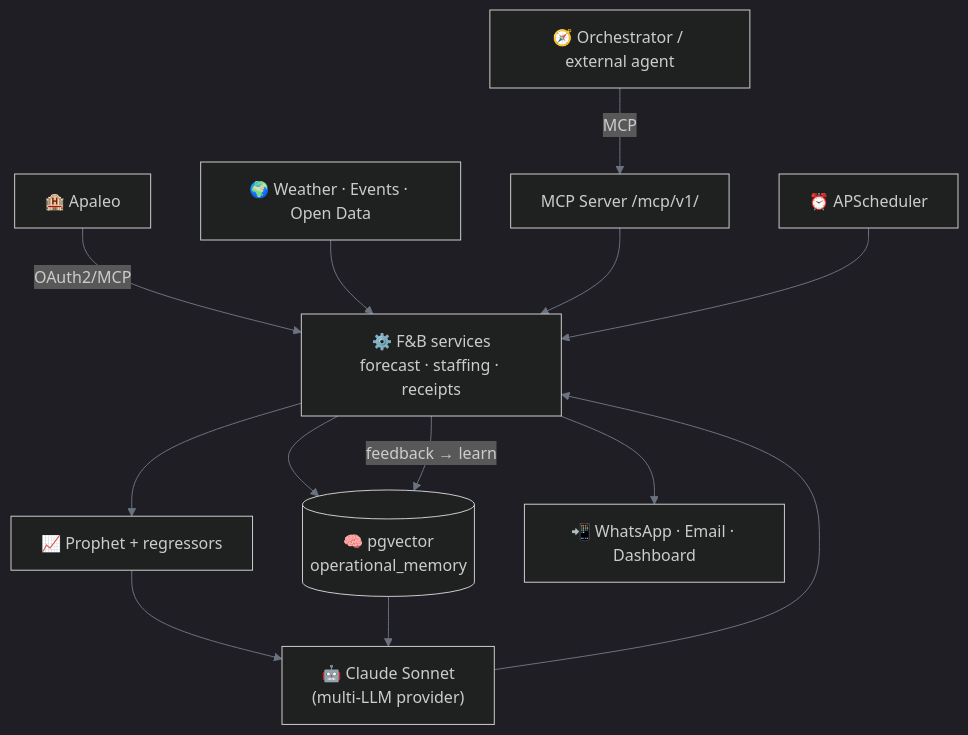
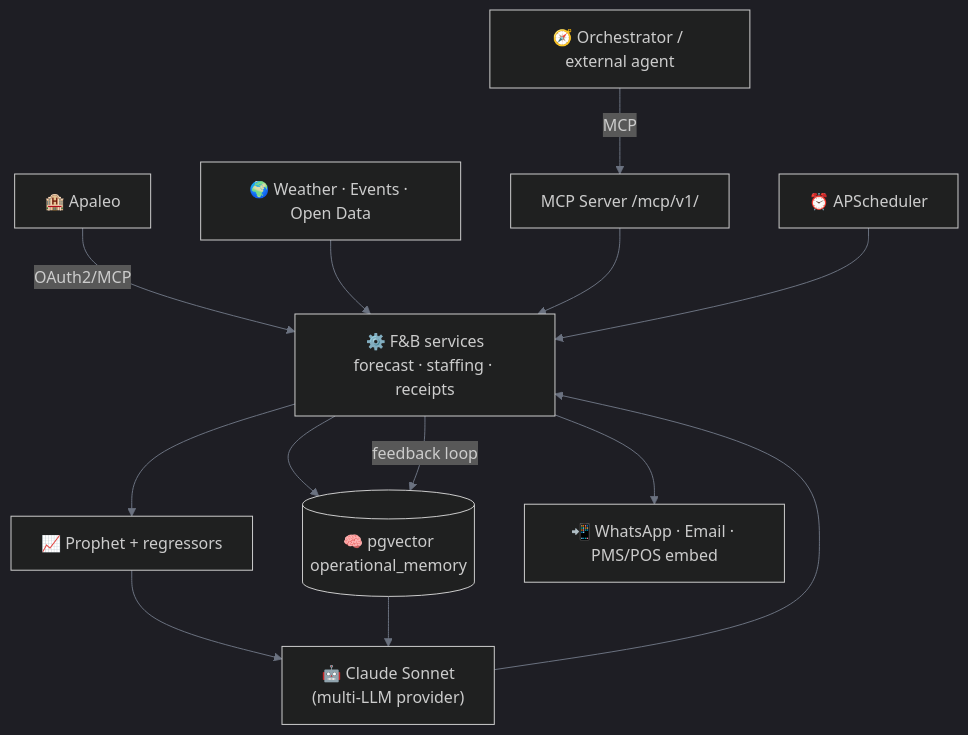
Before and after one commit to IvandeMurard/aetherix-hospitality-ai: the second of 2 diagrams in README.md, drawn with Mermaid. The commit also changed other lines of this file, not shown here.

````diff
--- a/README.md
+++ b/README.md
@@ -112,16 +147,16 @@
 ```mermaid
 %%{init: {'theme':'dark','themeVariables':{'lineColor':'#6b7280'}}}%%
 flowchart TD
     ORCH["🧭 Orchestrator / external agent"] -- MCP --> MCPIN["MCP Server /mcp/v1/"]
     PMS["🏨 Apaleo"] -- OAuth2/MCP --> SVC
     EXT["🌍 Weather · Events · Open Data"] --> SVC
     MCPIN --> SVC["⚙️ F&B services\nforecast · staffing · receipts"]
     SCHED["⏰ APScheduler"] --> SVC
     SVC --> PROPHET["📈 Prophet + regressors"]
     SVC --> VEC[("🧠 pgvector\noperational_memory")]
     PROPHET --> LLM["🤖 Claude Sonnet\n(multi-LLM provider)"]
     VEC --> LLM
     LLM --> SVC
-    SVC --> OUT["📲 WhatsApp · Email · Dashboard"]
-    SVC -- "feedback → learn" --> VEC
+    SVC --> OUT["📲 WhatsApp · Email · PMS/POS embed"]
+    SVC -- "feedback loop" --> VEC
 ```
````
